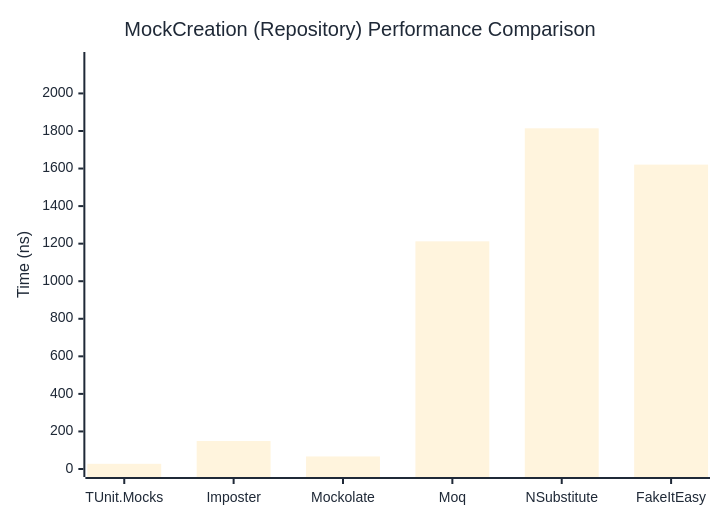
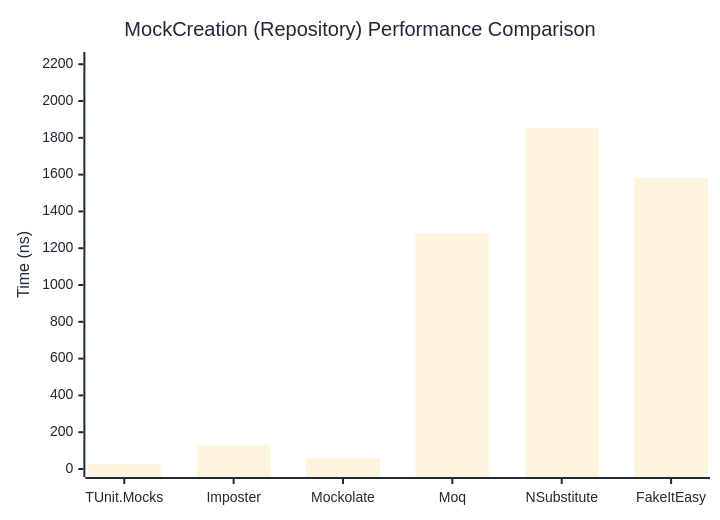
The second of 2 diagrams in docs/docs/benchmarks/mocks/MockCreation.md (thomhurst/TUnit), drawn with Mermaid before and after one commit. The commit also changed other lines of this file and 14 other files, not shown here.

````diff
--- a/docs/docs/benchmarks/mocks/MockCreation.md
+++ b/docs/docs/benchmarks/mocks/MockCreation.md
@@ -71,27 +71,27 @@
 ```mermaid
 %%{init: {
   'theme':'base',
   'themeVariables': {
     'primaryColor': '#2563eb',
     'primaryTextColor': '#1f2937',
     'primaryBorderColor': '#1e40af',
     'lineColor': '#6b7280',
     'secondaryColor': '#7c3aed',
     'tertiaryColor': '#dc2626',
     'background': '#ffffff',
     'pie1': '#2563eb',
     'pie2': '#7c3aed',
     'pie3': '#dc2626',
     'pie4': '#f59e0b',
     'pie5': '#10b981',
     'pie6': '#06b6d4',
     'pie7': '#ec4899',
     'pie8': '#6366f1'
   }
 }}%%
 xychart-beta
   title "MockCreation (Repository) Performance Comparison"
   x-axis ["TUnit.Mocks", "Imposter", "Mockolate", "Moq", "NSubstitute", "FakeItEasy"]
-  y-axis "Time (ns)" 0 --> 2178
-  bar [27.61, 148.97, 66.82, 1212.39, 1814.22, 1620.91]
+  y-axis "Time (ns)" 0 --> 2223
+  bar [24.11, 132.07, 57.9, 1281.67, 1851.73, 1581.96]
 ```
````
